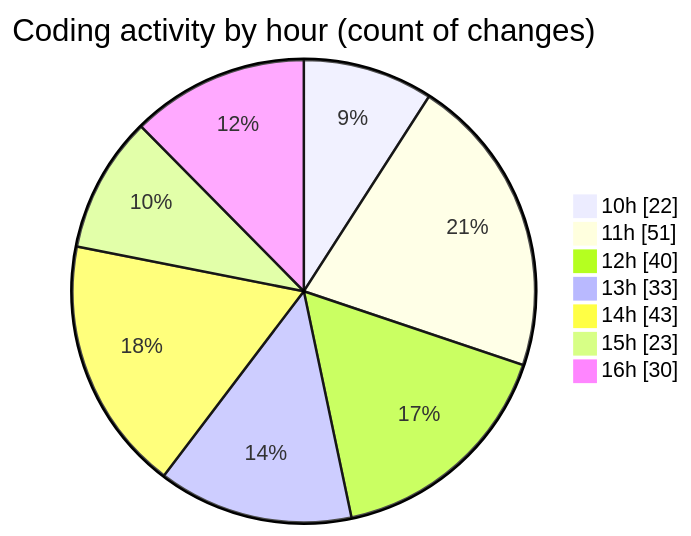
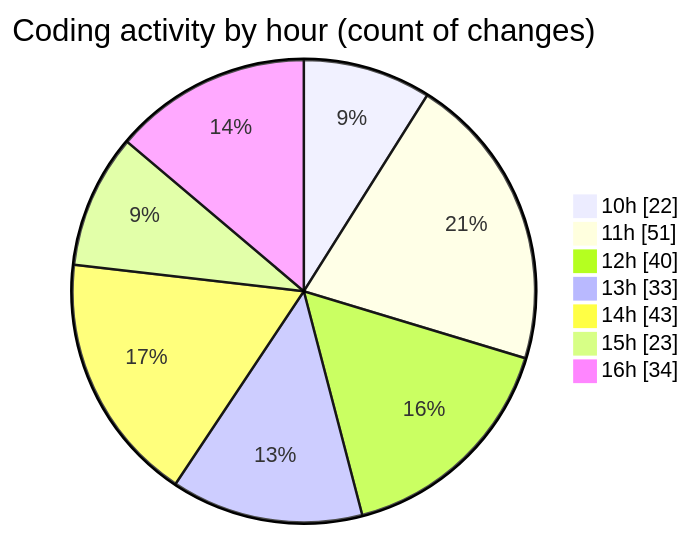
The second of 2 diagrams in 2025-04-29/cda/README.md (momahboobian/code-tracking), drawn with Mermaid before and after one commit. The commit also changed other lines of this file and 1 other file, not shown here.

````diff
--- a/2025-04-29/cda/README.md
+++ b/2025-04-29/cda/README.md
@@ -55,11 +55,11 @@
 ```mermaid
 pie showData
 title Coding activity by hour (count of changes)
 "10h" : 22
 "11h" : 51
 "12h" : 40
 "13h" : 33
 "14h" : 43
 "15h" : 23
-"16h" : 30
+"16h" : 34
 ```
````
